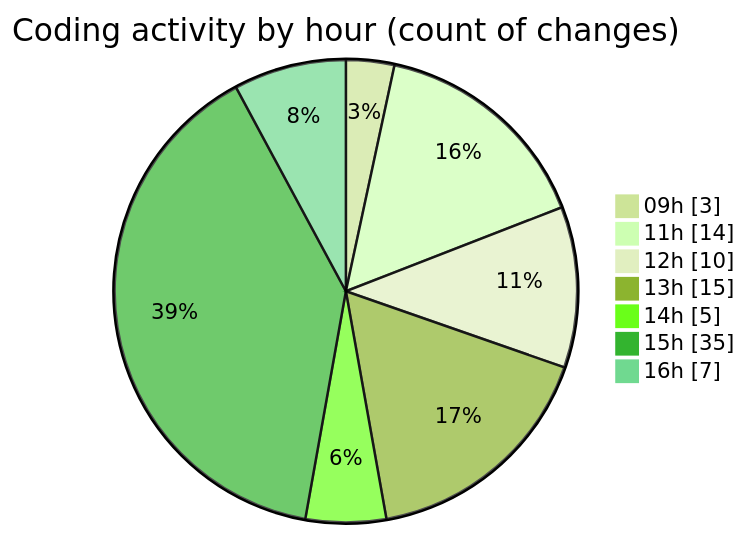
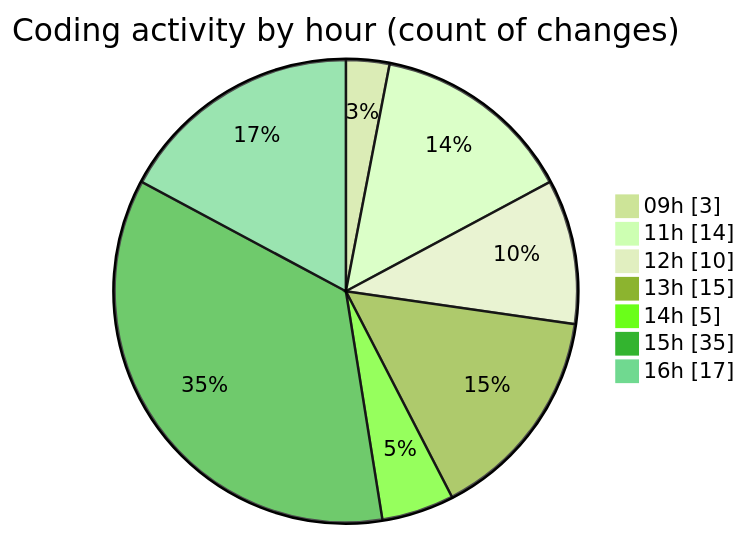
Before and after one commit to momahboobian/code-tracking: the second of 2 diagrams in 2026-05-14/cda/README.md, drawn with Mermaid (forest theme). The commit also changed other lines of this file and 1 other file, not shown here.

````diff
--- a/2026-05-14/cda/README.md
+++ b/2026-05-14/cda/README.md
@@ -49,11 +50,11 @@
 ```mermaid
 pie showData
 title Coding activity by hour (count of changes)
 "09h" : 3
 "11h" : 14
 "12h" : 10
 "13h" : 15
 "14h" : 5
 "15h" : 35
-"16h" : 7
+"16h" : 17
 ```
````
